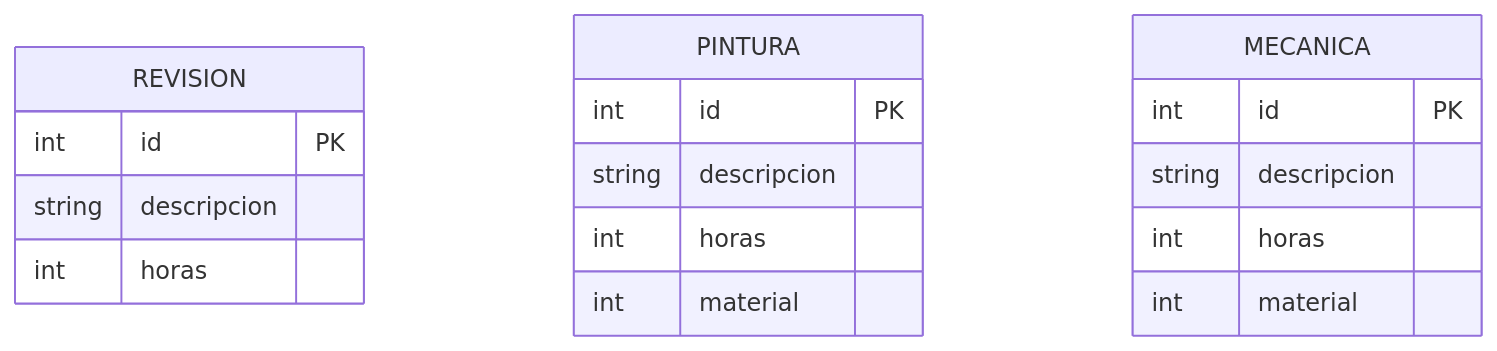
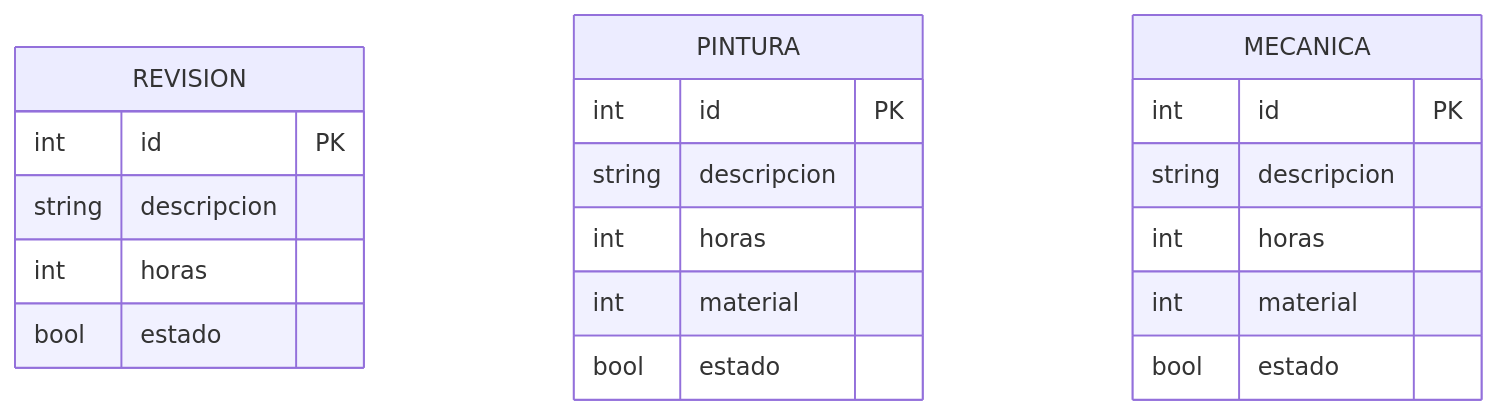
The diagram in README.md (teorizador1/teorizador1.github.io), drawn with Mermaid before and after one commit.

````diff
--- a/README.md
+++ b/README.md
@@ -2,20 +2,23 @@
 ```mermaid
 erDiagram
     REVISION {        
        int id PK        
        string descripcion
-       int horas       
+       int horas
+       bool estado       
     }
     PINTURA {        
        int id PK        
        string descripcion
        int horas
-       int material      
+       int material
+       bool estado       
     }
     MECANICA {        
        int id PK        
        string descripcion
        int horas
        int material
+       bool estado 
     } 
 ```
````
